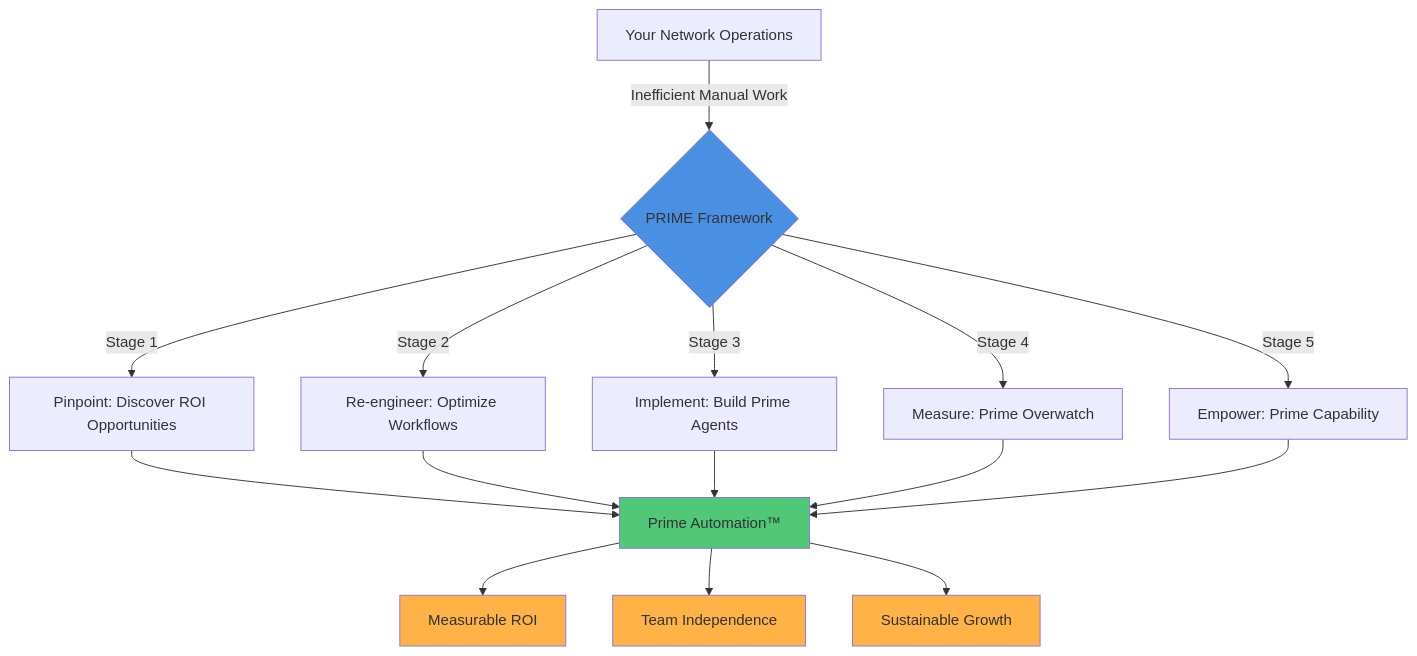
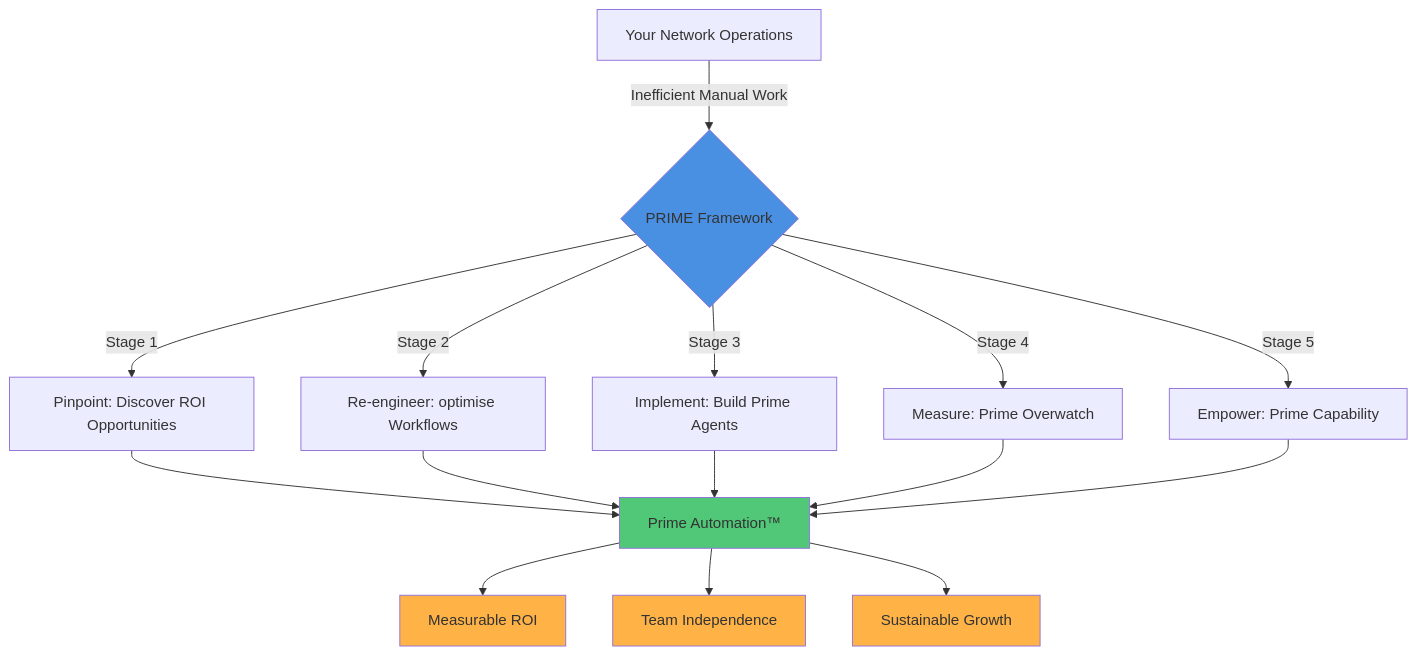
The second of 2 diagrams in docs/prime-framework/index.md (Nautomation-Prime/nautomation-prime.github.io), drawn with Mermaid before and after one commit. The commit also changed other lines of this file and 6 other files, not shown here.

````diff
--- a/docs/prime-framework/index.md
+++ b/docs/prime-framework/index.md
@@ -346,25 +346,25 @@
 ```mermaid
 graph TD
     A[Your Network Operations] -->|Inefficient Manual Work| B{PRIME Framework}
     B -->|Stage 1| C[Pinpoint: Discover ROI Opportunities]
-    B -->|Stage 2| D[Re-engineer: Optimize Workflows]
+    B -->|Stage 2| D[Re-engineer: optimise Workflows]
     B -->|Stage 3| E[Implement: Build Prime Agents]
     B -->|Stage 4| F[Measure: Prime Overwatch]
     B -->|Stage 5| G[Empower: Prime Capability]
     
     C --> H[Prime Automation™]
     D --> H
     E --> H
     F --> H
     G --> H
     
     H --> I[Measurable ROI]
     H --> J[Team Independence]
     H --> K[Sustainable Growth]
     
     style B fill:#4A90E2
     style H fill:#50C878
     style I fill:#FFB347
     style J fill:#FFB347
     style K fill:#FFB347
 ```
````
